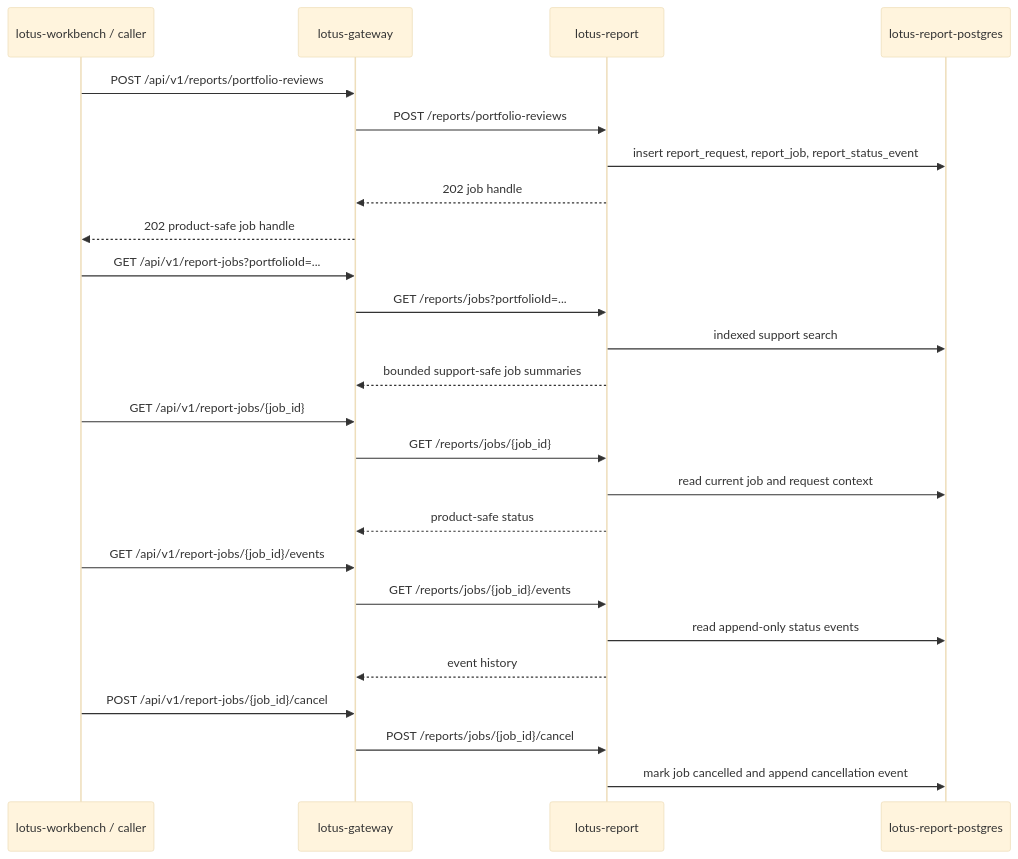
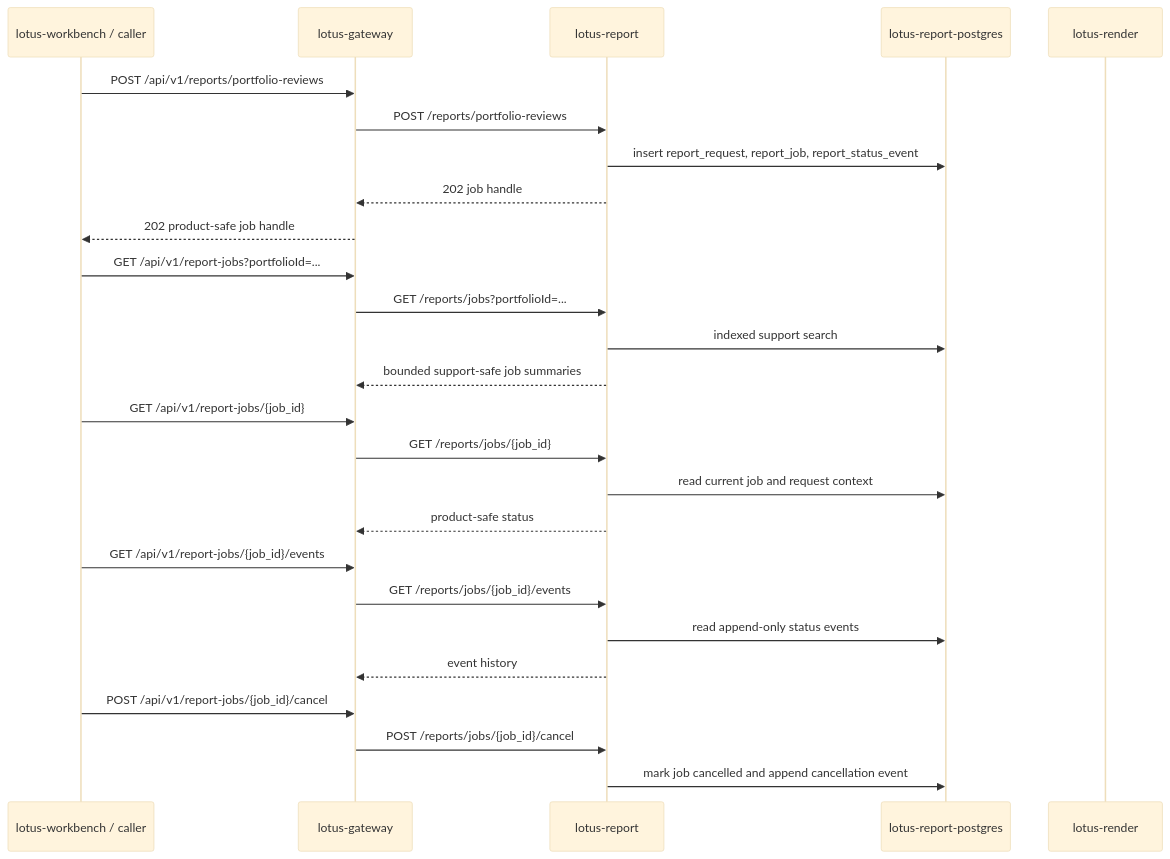
The first of 2 diagrams in wiki/Operations-Runbook.md (sgajbi/lotus-report), drawn with Mermaid (base theme) before and after one commit. The commit also changed other lines of this file and 19 other files, not shown here.

Commit message:
Integrate report jobs with lotus-render

````diff
--- a/wiki/Operations-Runbook.md
+++ b/wiki/Operations-Runbook.md
@@ -56,28 +56,29 @@
 ```mermaid
 sequenceDiagram
     participant WB as lotus-workbench / caller
     participant GW as lotus-gateway
     participant REPORT as lotus-report
     participant PG as lotus-report-postgres
+    participant RENDER as lotus-render
 
     WB->>GW: POST /api/v1/reports/portfolio-reviews
     GW->>REPORT: POST /reports/portfolio-reviews
     REPORT->>PG: insert report_request, report_job, report_status_event
     REPORT-->>GW: 202 job handle
     GW-->>WB: 202 product-safe job handle
     WB->>GW: GET /api/v1/report-jobs?portfolioId=...
     GW->>REPORT: GET /reports/jobs?portfolioId=...
     REPORT->>PG: indexed support search
     REPORT-->>GW: bounded support-safe job summaries
     WB->>GW: GET /api/v1/report-jobs/{job_id}
     GW->>REPORT: GET /reports/jobs/{job_id}
     REPORT->>PG: read current job and request context
     REPORT-->>GW: product-safe status
     WB->>GW: GET /api/v1/report-jobs/{job_id}/events
     GW->>REPORT: GET /reports/jobs/{job_id}/events
     REPORT->>PG: read append-only status events
     REPORT-->>GW: event history
     WB->>GW: POST /api/v1/report-jobs/{job_id}/cancel
     GW->>REPORT: POST /reports/jobs/{job_id}/cancel
     REPORT->>PG: mark job cancelled and append cancellation event
 ```
````
